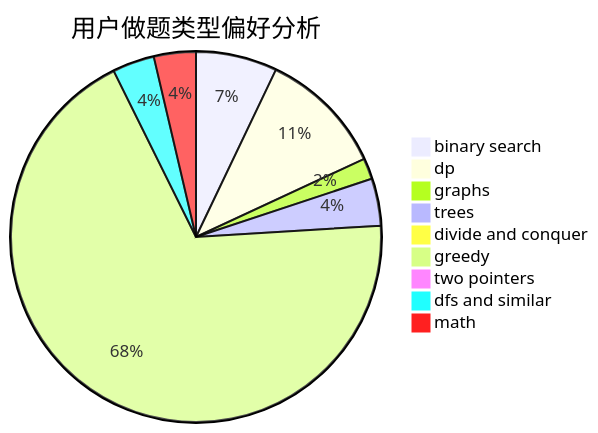
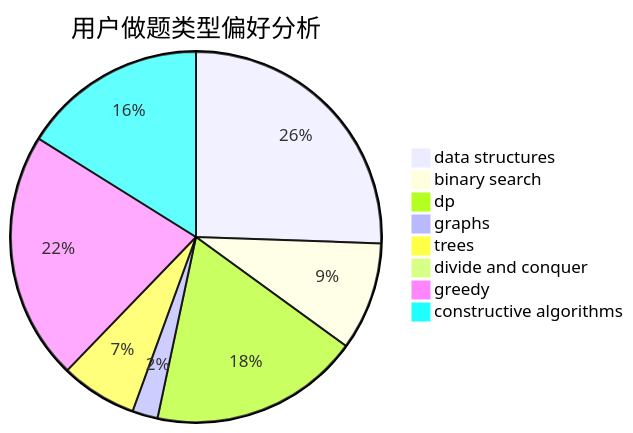
One commit to sherpahu/cfrs.github.io changed the second of 3 diagrams in docs/user/u1491.md. Above: the diagram before and after it, drawn with Mermaid. The commit also changed other lines of this file and 2775 other files, not shown here.

````diff
--- a/docs/user/u1491.md
+++ b/docs/user/u1491.md
@@ -23,12 +23,11 @@
 ```mermaid
 pie title 用户做题类型偏好分析
-    "binary search" :  31
-    "dp" :  48
-    "graphs" :  8
-    "trees" :  18
+    "data structures" :  46
+    "binary search" :  17
+    "dp" :  33
+    "graphs" :  4
+    "trees" :  12
     "divide and conquer" :  0
-    "greedy" :  300
-    "two pointers" :  1
-    "dfs and similar" :  16
-    "math" :  16
+    "greedy" :  39
+    "constructive algorithms" :  29
 ```
````
